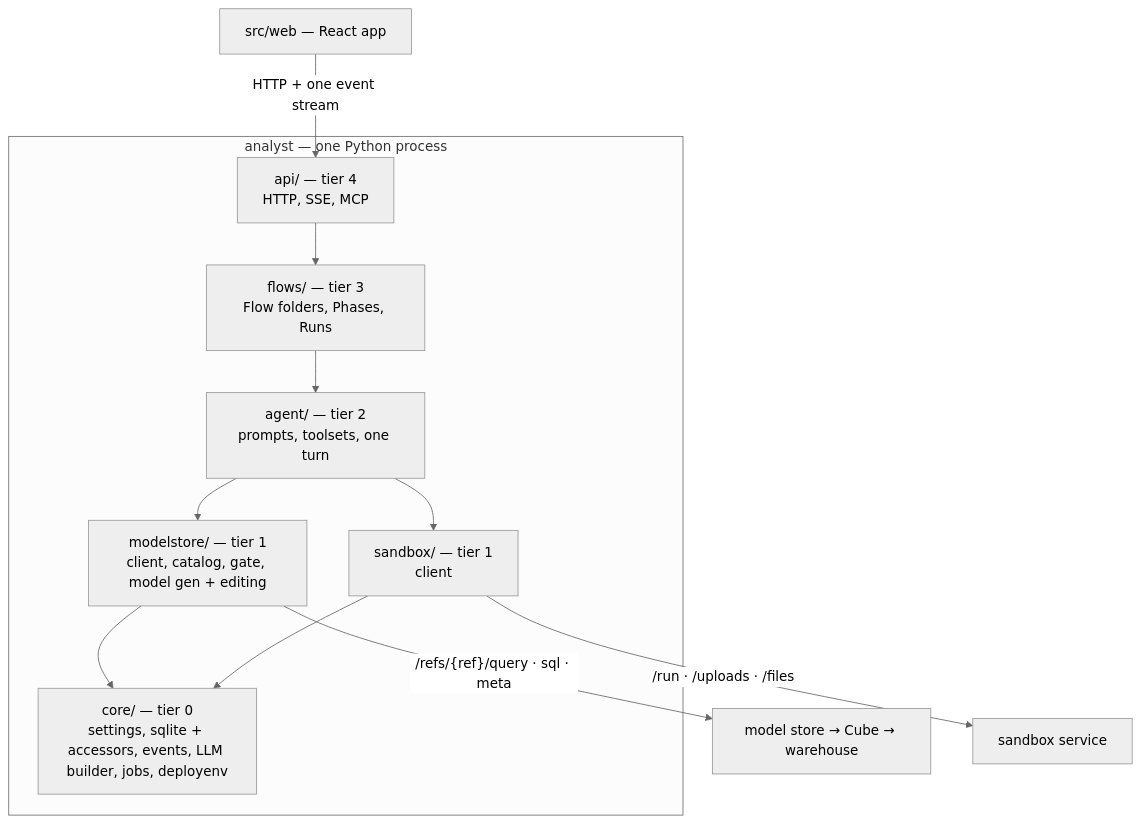
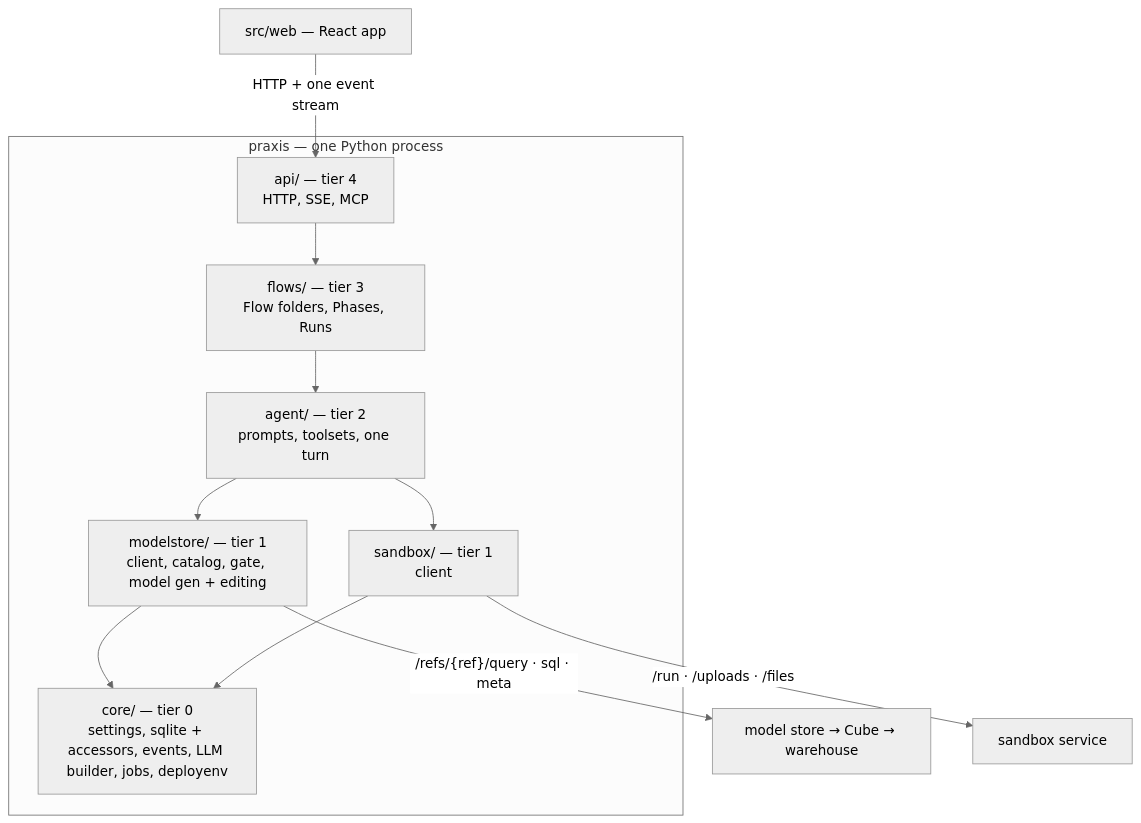
The diagram in docs/architecture/index.md (rustifypy/praxis), drawn with Mermaid (neutral theme) before and after one commit. The commit also changed other lines of this file and 184 other files, not shown here.

````diff
--- a/docs/architecture/index.md
+++ b/docs/architecture/index.md
@@ -9,15 +9,15 @@
 ```mermaid
 flowchart TB
-    subgraph portal["analyst — one Python process"]
+    subgraph portal["praxis — one Python process"]
         API["api/ — tier 4<br/>HTTP, SSE, MCP"]
         FL["flows/ — tier 3<br/>Flow folders, Phases, Runs"]
         AG["agent/ — tier 2<br/>prompts, toolsets, one turn"]
         MS["modelstore/ — tier 1<br/>client, catalog, gate, model gen + editing"]
         SB["sandbox/ — tier 1<br/>client"]
         CO["core/ — tier 0<br/>settings, sqlite + accessors, events, LLM builder, jobs, deployenv"]
         API --> FL --> AG --> MS & SB --> CO
     end
     WEB["src/web — React app"] -- "HTTP + one event stream" --> API
     MS -- "/refs/{ref}/query · sql · meta" --> STORE["model store → Cube → warehouse"]
     SB -- "/run · /uploads · /files" --> SBX["sandbox service"]
 ```
````
